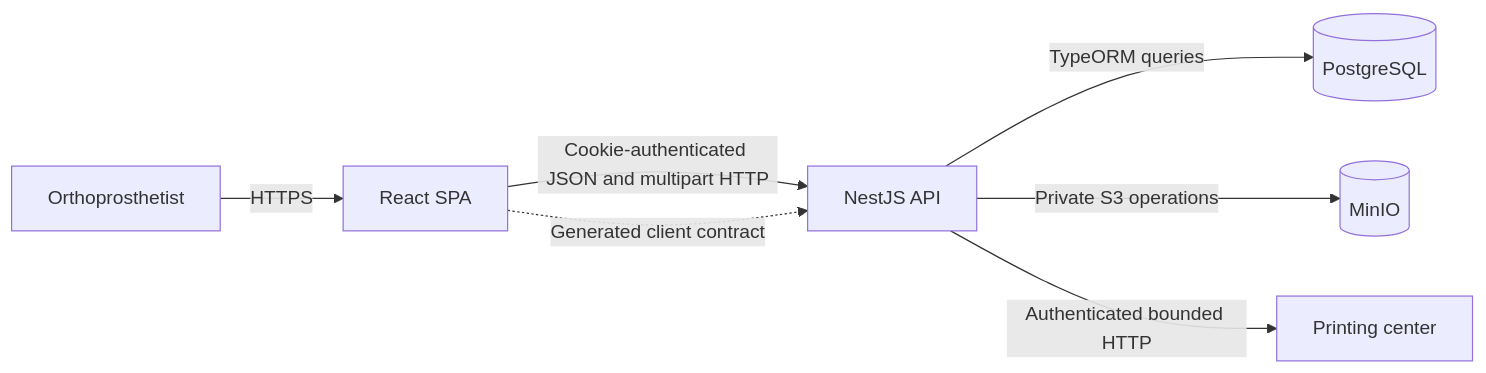
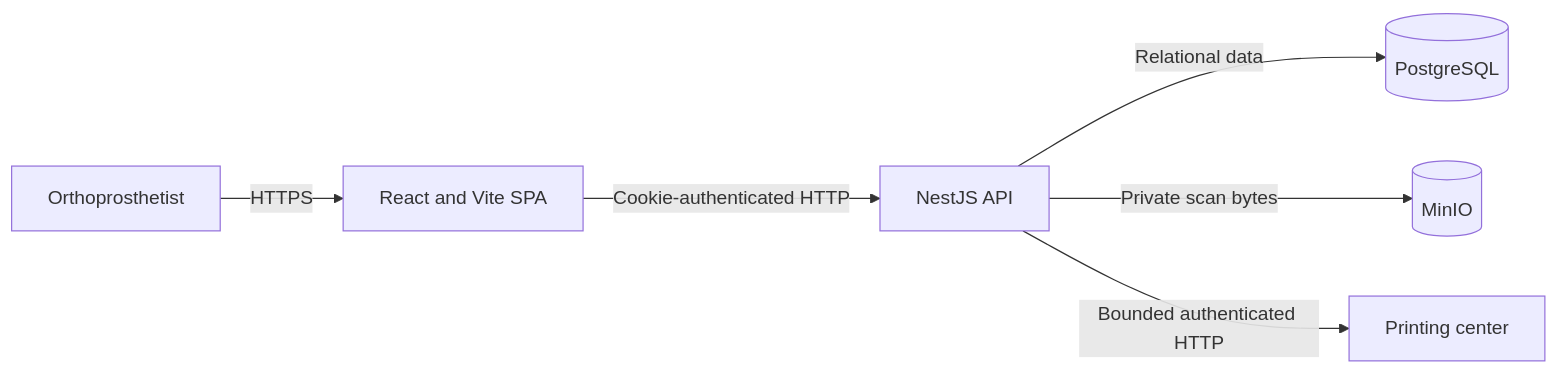
The first of 2 diagrams in docs/architecture.md (hugoecken/vytruve-tech-test-he), drawn with Mermaid before and after one commit. The commit also changed other lines of this file and 12 other files, not shown here.

````diff
--- a/docs/architecture.md
+++ b/docs/architecture.md
@@ -11,10 +11,8 @@
 ```mermaid
 flowchart LR
-  User["Orthoprosthetist"] -->|HTTPS| Web["React SPA"]
-  Web -->|Cookie-authenticated JSON and multipart HTTP| API["NestJS API"]
-  API -->|TypeORM queries| PostgreSQL[("PostgreSQL")]
-  API -->|Private S3 operations| MinIO[("MinIO")]
-  API -->|Authenticated bounded HTTP| Provider["Printing center"]
-
-  Web -. "Generated client contract" .-> API
+  User["Orthoprosthetist"] -->|HTTPS| Web["React and Vite SPA"]
+  Web -->|Cookie-authenticated HTTP| API["NestJS API"]
+  API -->|Relational data| PostgreSQL[("PostgreSQL")]
+  API -->|Private scan bytes| MinIO[("MinIO")]
+  API -->|Bounded authenticated HTTP| Provider["Printing center"]
 ```
````
